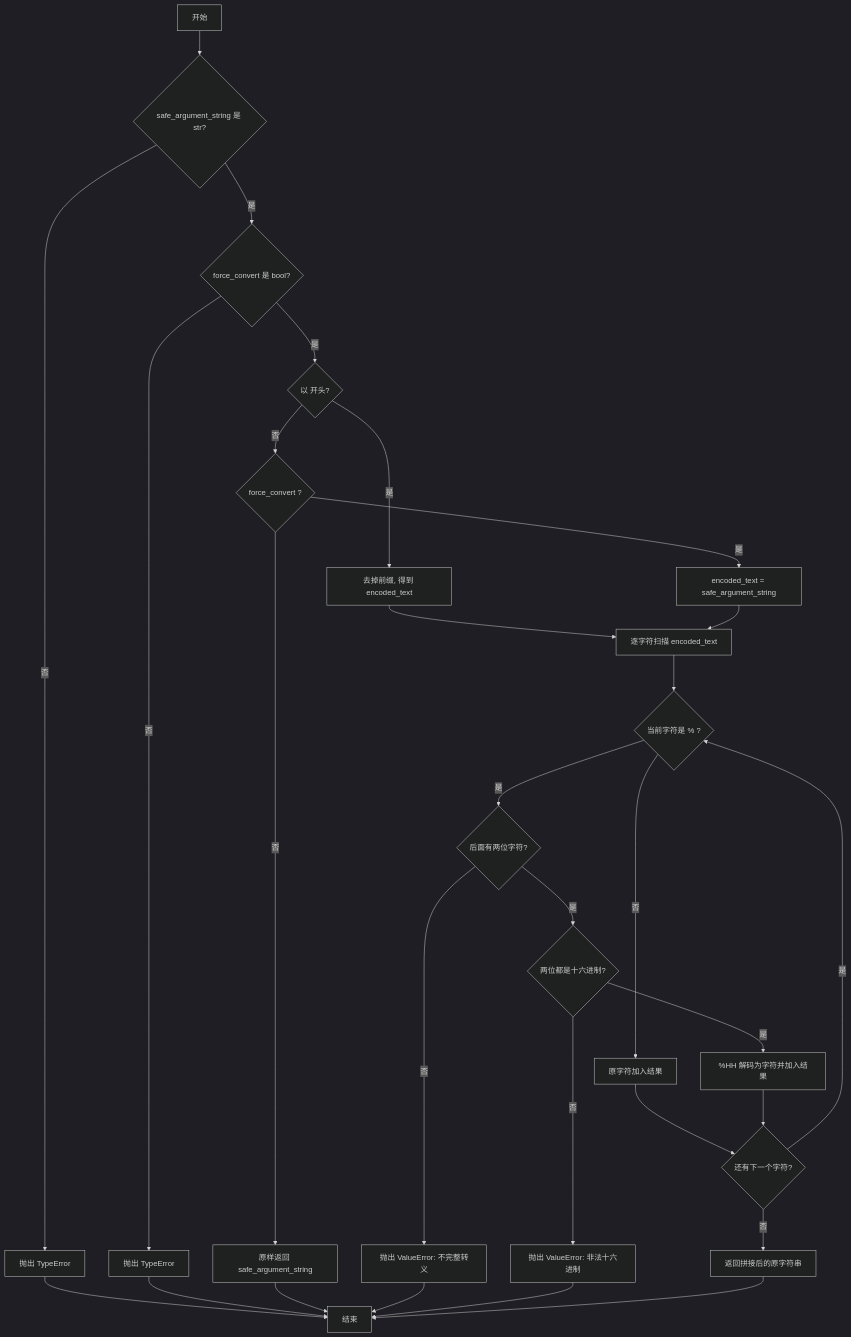
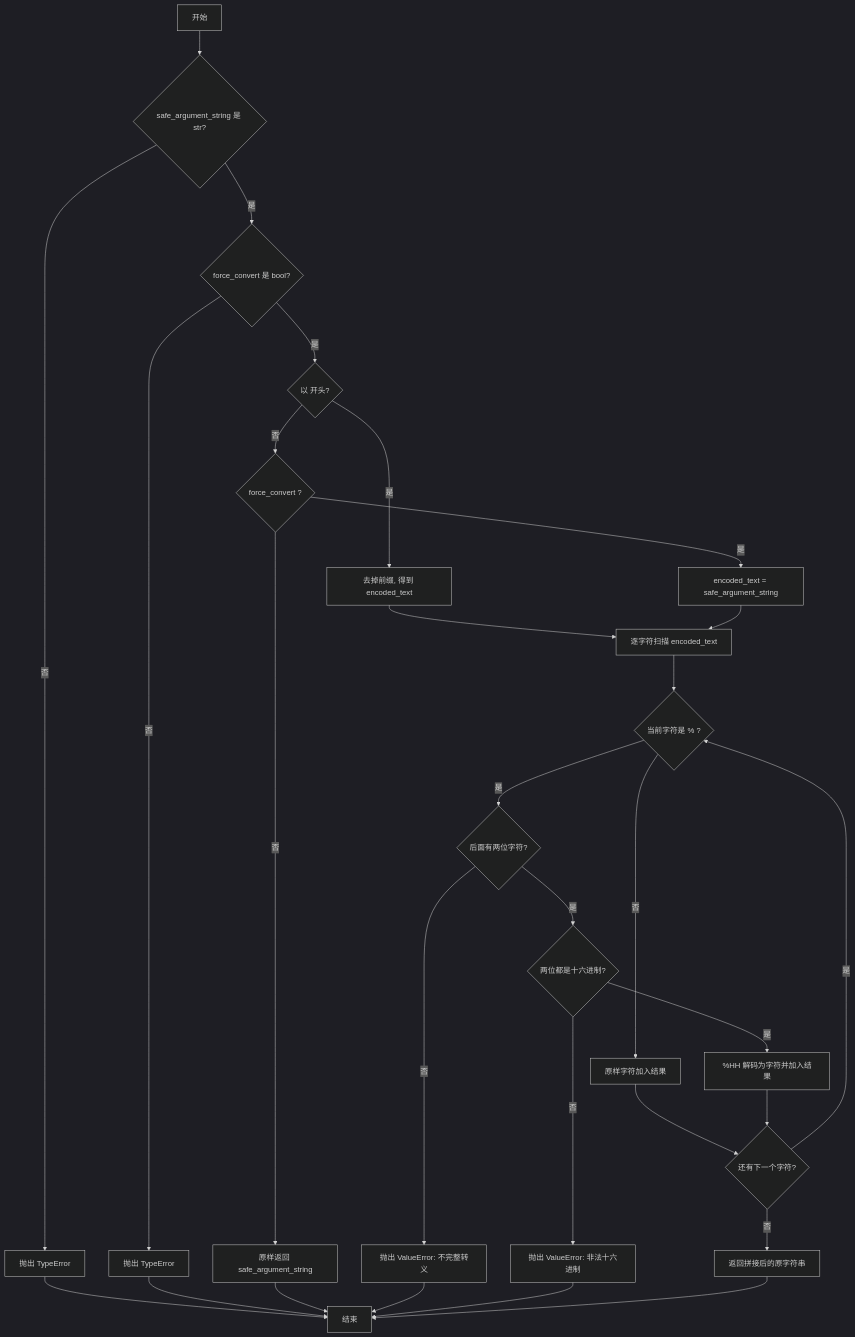
One commit to NEVSTOP-LAB/CSM-Prototype changed the second of 2 diagrams in safe_string_codec/design_and_prompt.md. Above: the diagram before and after it, drawn with Mermaid (dark theme). The commit also changed other lines of this file, not shown here.

Commit message:
docs: refine flowchart wording consistency
Agent-Logs-Url: https://github.com/NEVSTOP-LAB/CSM-Prototype/sessions/eb40711f-b63f-4bf8-bb49-9426f2e18da7

````diff
--- a/safe_string_codec/design_and_prompt.md
+++ b/safe_string_codec/design_and_prompt.md
@@ -105,25 +105,25 @@
 ```mermaid
 flowchart TD
     A[开始] --> B{safe_argument_string 是 str?}
     B -- 否 --> E1[抛出 TypeError] --> Z[结束]
     B -- 是 --> C{force_convert 是 bool?}
     C -- 否 --> E2[抛出 TypeError] --> Z
     C -- 是 --> D{以 <SAFESTR> 开头?}
     D -- 是 --> E[去掉前缀, 得到 encoded_text]
     D -- 否 --> F{force_convert ?}
     F -- 否 --> G[原样返回 safe_argument_string] --> Z
     F -- 是 --> H[encoded_text = safe_argument_string]
     E --> I[逐字符扫描 encoded_text]
     H --> I
     I --> J{当前字符是 % ?}
-    J -- 否 --> K[原字符加入结果]
+    J -- 否 --> K[原样字符加入结果]
     J -- 是 --> L{后面有两位字符?}
     L -- 否 --> E3[抛出 ValueError: 不完整转义] --> Z
     L -- 是 --> M{两位都是十六进制?}
     M -- 否 --> E4[抛出 ValueError: 非法十六进制] --> Z
     M -- 是 --> N[%HH 解码为字符并加入结果]
     K --> O{还有下一个字符?}
     N --> O
     O -- 是 --> J
     O -- 否 --> P[返回拼接后的原字符串] --> Z
 ```
````
